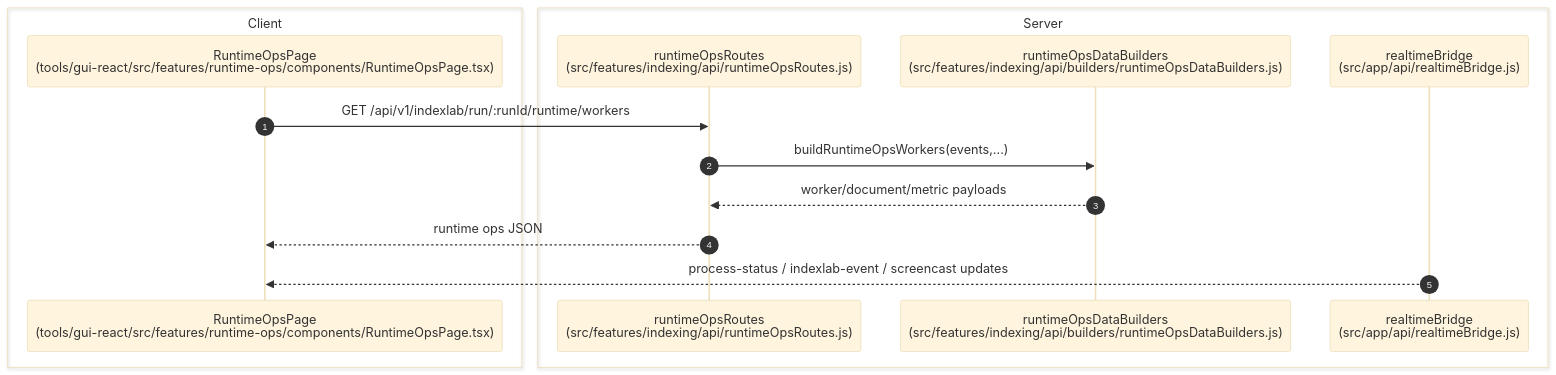
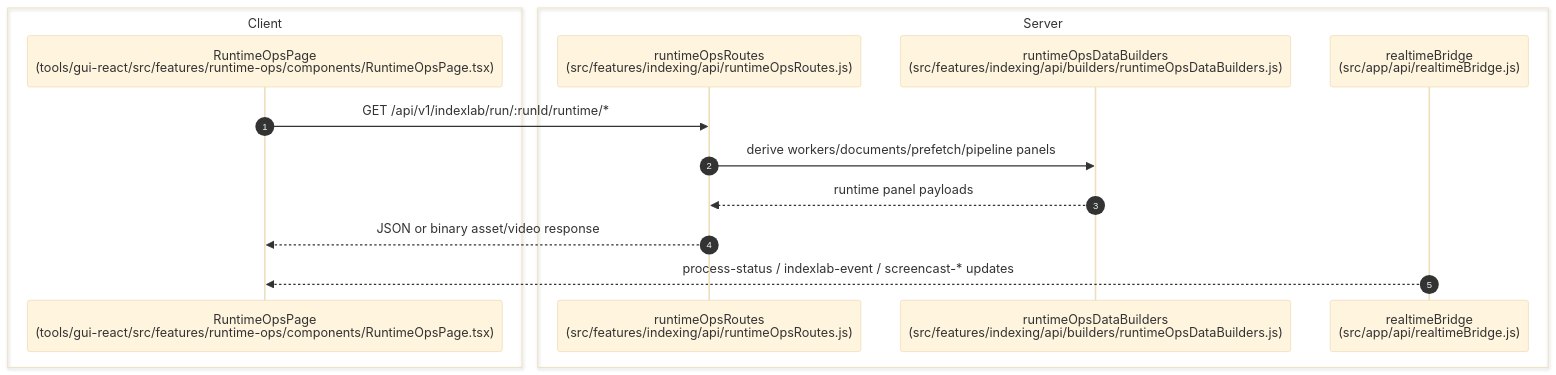
Before and after one commit to CdubVentures/Spec-Factory: the diagram in docs/04-features/runtime-ops.md, drawn with Mermaid. The commit also changed other lines of this file and 217 other files, not shown here.

````diff
--- a/docs/04-features/runtime-ops.md
+++ b/docs/04-features/runtime-ops.md
@@ -82,18 +88,18 @@
 ```mermaid
 %%{init: {'theme': 'base', 'themeVariables': { 'fontSize': '20px', 'actorWidth': 250, 'actorMargin': 200, 'boxMargin': 20 }}}%%
 sequenceDiagram
   autonumber
   box Client
     participant RuntimePage as RuntimeOpsPage<br/>(tools/gui-react/src/features/runtime-ops/components/RuntimeOpsPage.tsx)
   end
   box Server
     participant Routes as runtimeOpsRoutes<br/>(src/features/indexing/api/runtimeOpsRoutes.js)
     participant Builders as runtimeOpsDataBuilders<br/>(src/features/indexing/api/builders/runtimeOpsDataBuilders.js)
     participant WS as realtimeBridge<br/>(src/app/api/realtimeBridge.js)
   end
-  RuntimePage->>Routes: GET /api/v1/indexlab/run/:runId/runtime/workers
-  Routes->>Builders: buildRuntimeOpsWorkers(events,...)
-  Builders-->>Routes: worker/document/metric payloads
-  Routes-->>RuntimePage: runtime ops JSON
-  WS-->>RuntimePage: process-status / indexlab-event / screencast updates
+  RuntimePage->>Routes: GET /api/v1/indexlab/run/:runId/runtime/*
+  Routes->>Builders: derive workers/documents/prefetch/pipeline panels
+  Builders-->>Routes: runtime panel payloads
+  Routes-->>RuntimePage: JSON or binary asset/video response
+  WS-->>RuntimePage: process-status / indexlab-event / screencast-* updates
 ```
````
